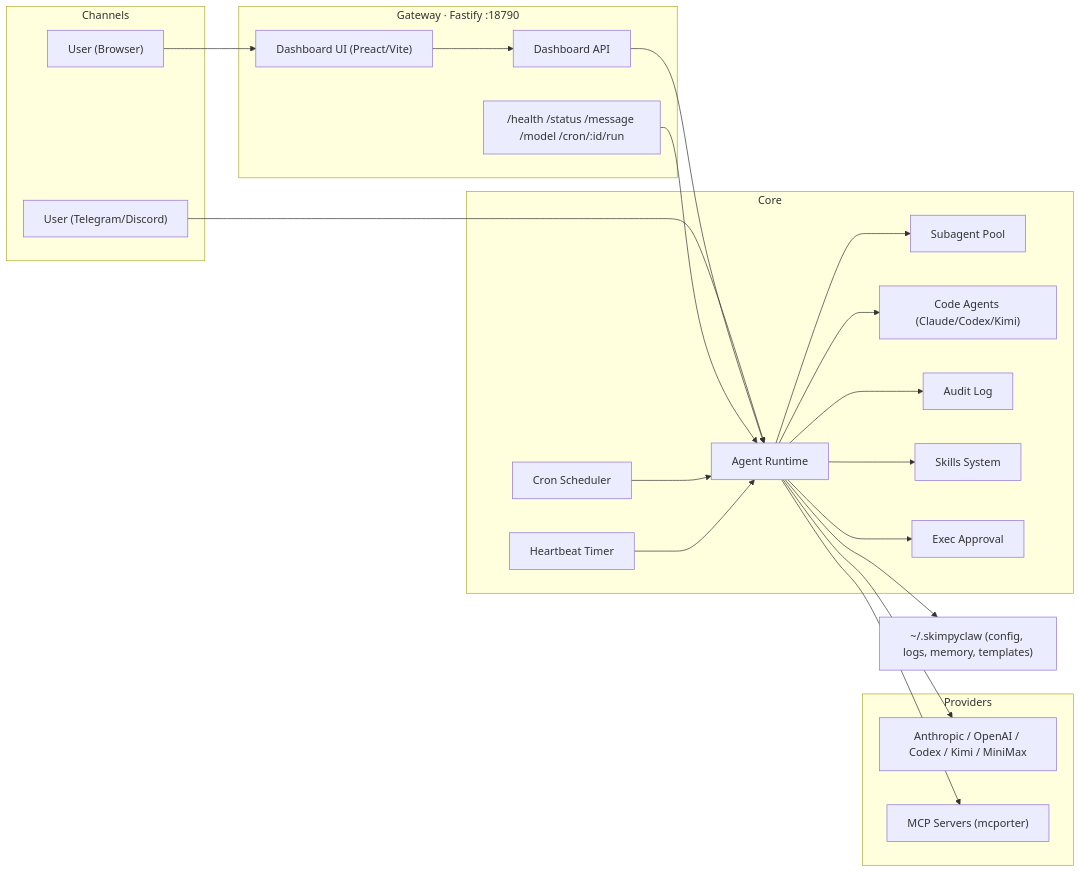
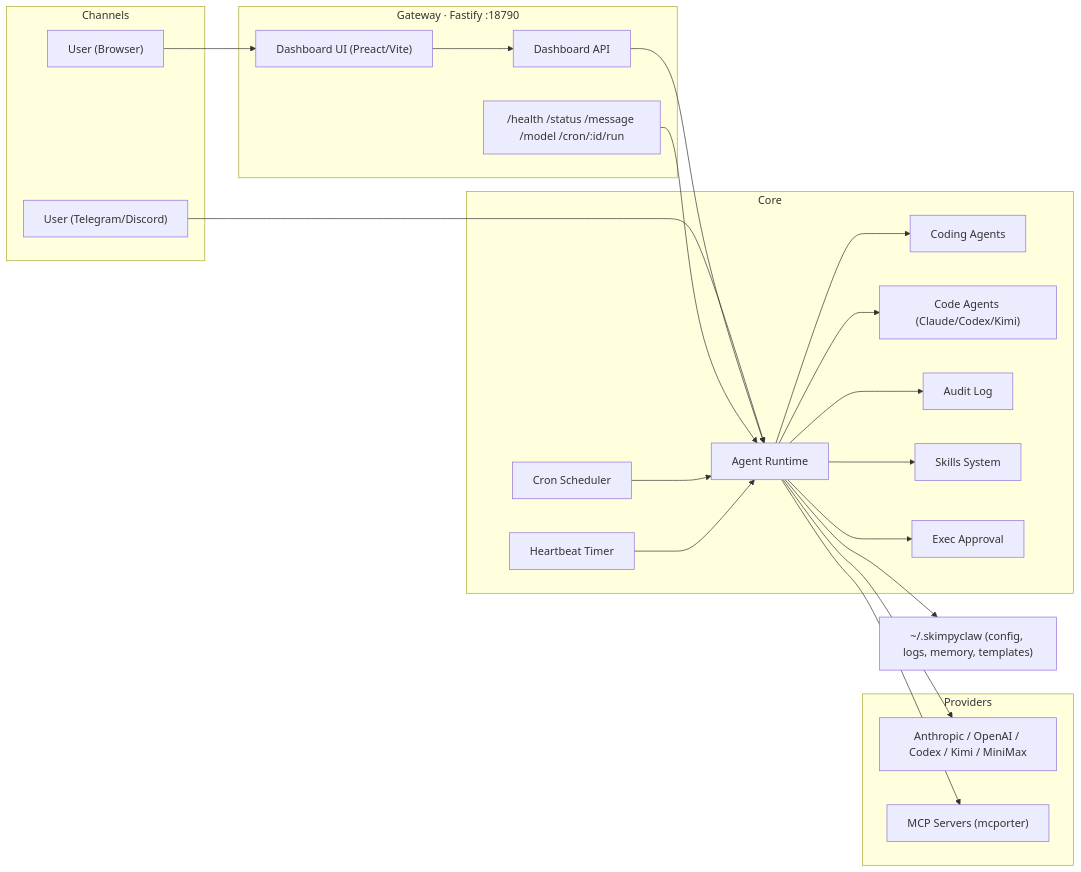
The first of 6 diagrams in docs/guide/architecture.md (kat3samsin/skimpyclaw), drawn with Mermaid before and after one commit. The commit also changed other lines of this file and 32 other files, not shown here.

````diff
--- a/docs/guide/architecture.md
+++ b/docs/guide/architecture.md
@@ -5,43 +5,43 @@
 ```mermaid
 flowchart LR
   subgraph Channels
     user["User (Telegram/Discord)"]
     browser["User (Browser)"]
   end
 
   subgraph Gateway["Gateway · Fastify :18790"]
     dash["Dashboard UI (Preact/Vite)"]
     api["Dashboard API"]
     routes["/health /status /message /model /cron/:id/run"]
   end
 
   subgraph Core
     agent["Agent Runtime"]
-    subagents["Subagent Pool"]
+    codeAgents["Coding Agents"]
     codeagents["Code Agents (Claude/Codex/Kimi)"]
     cron["Cron Scheduler"]
     hb["Heartbeat Timer"]
     audit["Audit Log"]
     skills["Skills System"]
     approvals["Exec Approval"]
   end
 
   subgraph Providers
     models["Anthropic / OpenAI / Codex / Kimi / MiniMax"]
     mcp["MCP Servers (mcporter)"]
   end
 
   user --> agent
   browser --> dash --> api --> agent
   routes --> agent
   cron --> agent
   hb --> agent
-  agent --> subagents
+  agent --> codeAgents
   agent --> codeagents
   agent --> audit
   agent --> skills
   agent --> approvals
   agent --> models
   agent --> mcp
   agent --> fs["~/.skimpyclaw (config, logs, memory, templates)"]
 ```
````
